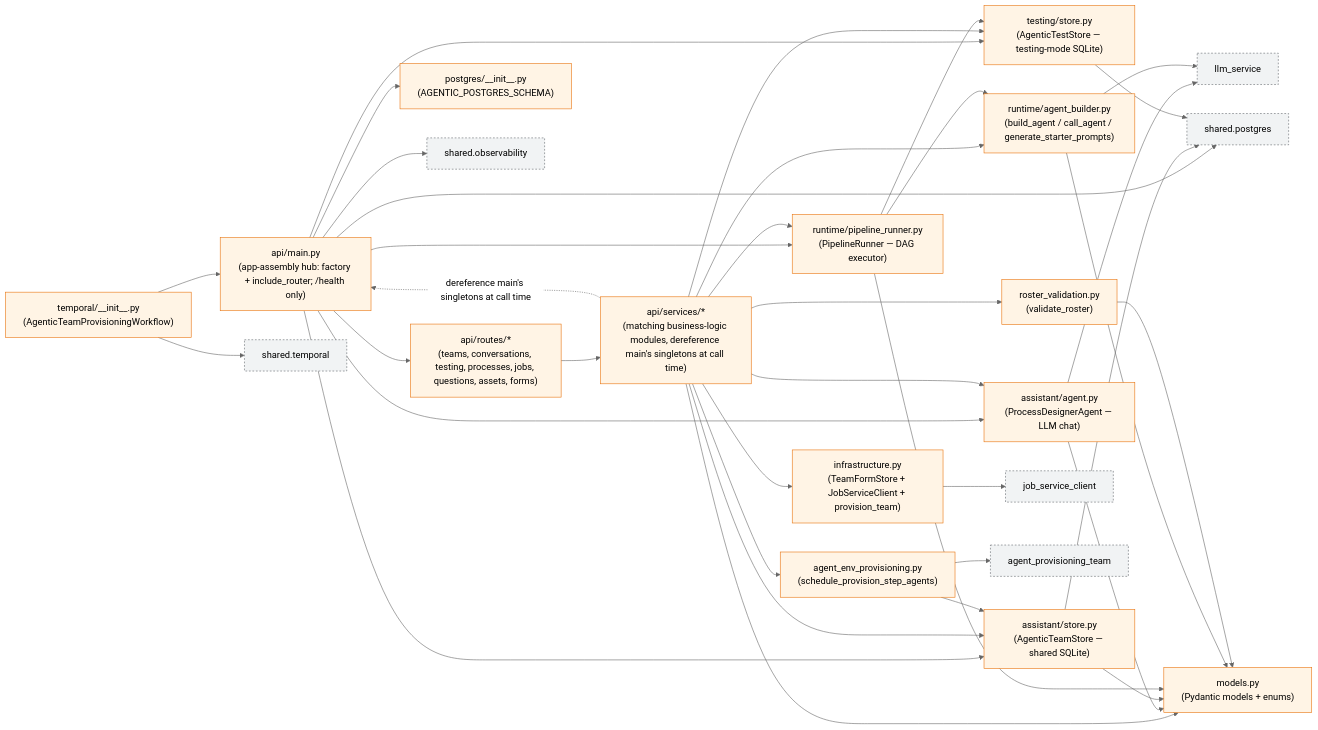
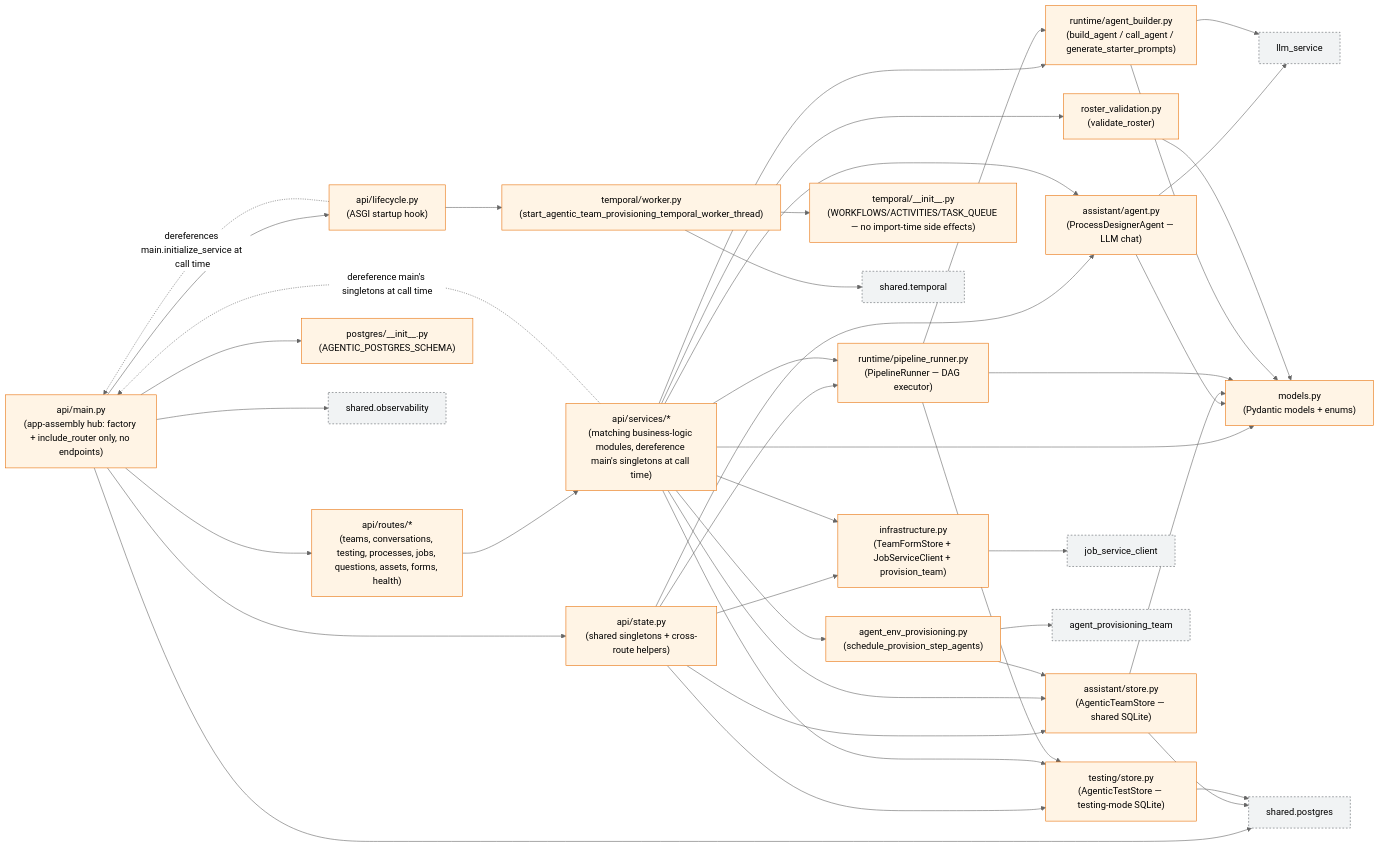
The first of 3 diagrams in backend/agents/agent_team_studio/agentic_team_provisioning/system_design/system_design.md (brandonkindred/Khala-Agentic-AI-Teams), drawn with Mermaid (neutral theme) before and after one commit. The commit also changed other lines of this file and 7 other files, not shown here.

First line of the commit message:
Refresh agentic_team_provisioning architecture docs and fix its test suite (#7121)

````diff
--- a/backend/agents/agent_team_studio/agentic_team_provisioning/system_design/system_design.md
+++ b/backend/agents/agent_team_studio/agentic_team_provisioning/system_design/system_design.md
@@ -13,69 +13,77 @@
 ```mermaid
 graph LR
-    main["api/main.py<br/>(app-assembly hub: factory + include_router; /health only)"]
-    routes["api/routes/*<br/>(teams, conversations, testing, processes, jobs, questions, assets, forms)"]
+    main["api/main.py<br/>(app-assembly hub: factory + include_router only, no endpoints)"]
+    state["api/state.py<br/>(shared singletons + cross-route helpers)"]
+    lifecycle["api/lifecycle.py<br/>(ASGI startup hook)"]
+    routes["api/routes/*<br/>(teams, conversations, testing, processes, jobs, questions, assets, forms, health)"]
     services["api/services/*<br/>(matching business-logic modules, dereference main's singletons at call time)"]
 
     %% Orchestrator internals
     agent["assistant/agent.py<br/>(ProcessDesignerAgent — LLM chat)"]
     store["assistant/store.py<br/>(AgenticTeamStore — shared SQLite)"]
     runner["runtime/pipeline_runner.py<br/>(PipelineRunner — DAG executor)"]
     builder["runtime/agent_builder.py<br/>(build_agent / call_agent / generate_starter_prompts)"]
     roster["roster_validation.py<br/>(validate_roster)"]
     envprov["agent_env_provisioning.py<br/>(schedule_provision_step_agents)"]
     infra["infrastructure.py<br/>(TeamFormStore + JobServiceClient + provision_team)"]
     models["models.py<br/>(Pydantic models + enums)"]
     test_store["testing/store.py<br/>(AgenticTestStore — testing-mode SQLite)"]
 
     %% Shared / external
     pg["postgres/__init__.py<br/>(AGENTIC_POSTGRES_SCHEMA)"]
-    tmp["temporal/__init__.py<br/>(AgenticTeamProvisioningWorkflow)"]
+    tmp["temporal/__init__.py<br/>(WORKFLOWS/ACTIVITIES/TASK_QUEUE — no import-time side effects)"]
+    tmpworker["temporal/worker.py<br/>(start_agentic_team_provisioning_temporal_worker_thread)"]
     llm["llm_service"]
     shared_pg["shared.postgres"]
     shared_tmp["shared.temporal"]
     shared_obs["shared.observability"]
     jsc["job_service_client"]
     apt["agent_provisioning_team"]
 
-    main --> store
-    main --> agent
-    main --> test_store
-    main --> runner
+    main --> state
+    main --> lifecycle
     main --> pg
     main --> shared_obs
     main --> shared_pg
     main --> routes
+    state --> store
+    state --> agent
+    state --> test_store
+    state --> runner
+    state --> infra
+    lifecycle -.->|dereferences main.initialize_service at call time| main
     routes --> services
     services -.->|dereference main's singletons at call time| main
     services --> agent
     services --> store
     services --> runner
     services --> builder
     services --> roster
     services --> envprov
     services --> infra
     services --> models
     services --> test_store
 
     agent --> llm
     agent --> models
     store --> models
     store --> shared_pg
     runner --> builder
     runner --> test_store
     runner --> models
     builder --> llm
     builder --> models
     roster --> models
     envprov --> store
     envprov --> apt
     infra --> jsc
     test_store --> shared_pg
-    tmp --> main
-    tmp --> shared_tmp
+    lifecycle --> tmpworker
+    tmpworker --> tmp
+    tmpworker --> shared_tmp
 
     classDef orchestrator fill:#fff4e5,stroke:#e8710a
     classDef external fill:#f1f3f4,stroke:#5f6368,stroke-dasharray: 3 3
-    class main,routes,services,agent,store,runner,builder,roster,envprov,infra,models,test_store,pg,tmp orchestrator
+    class main,state,lifecycle,routes,services,agent,store,runner,builder,roster,envprov,infra,models,test_store,pg,tmp,tmpworker orchestrator
     class llm,shared_pg,shared_tmp,shared_obs,jsc,apt external
 ```
````
